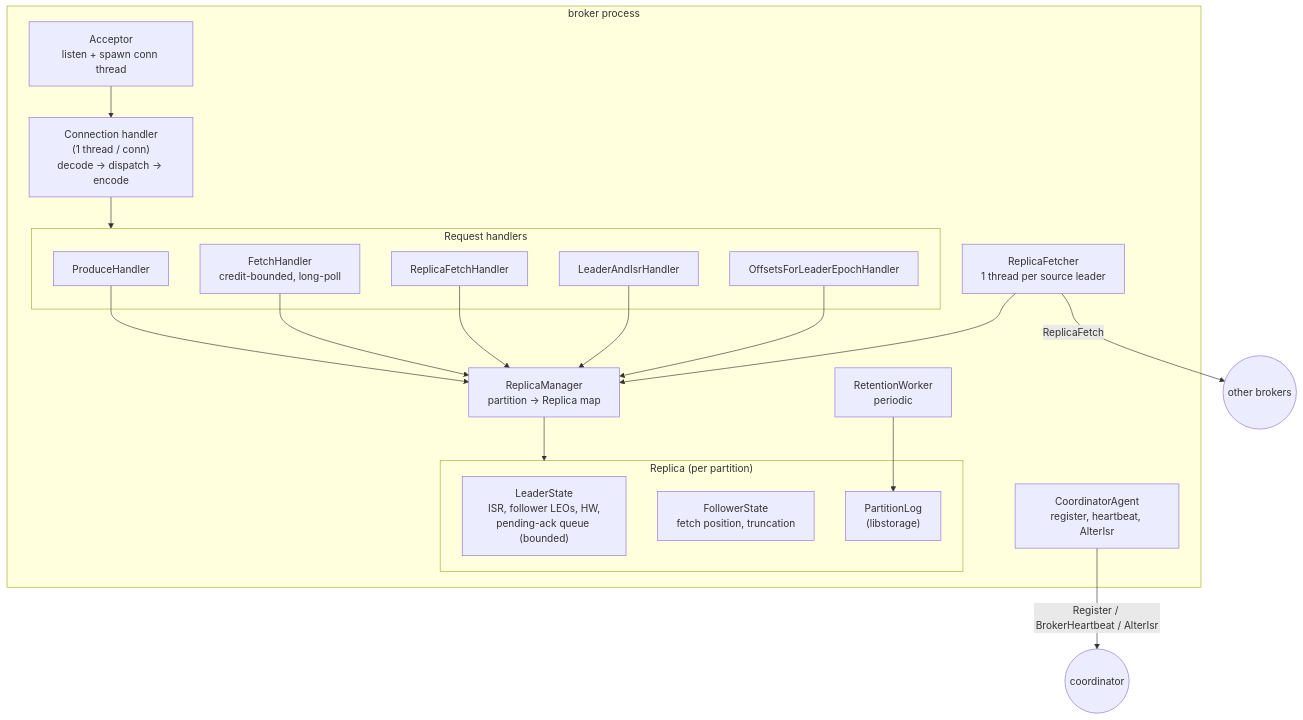
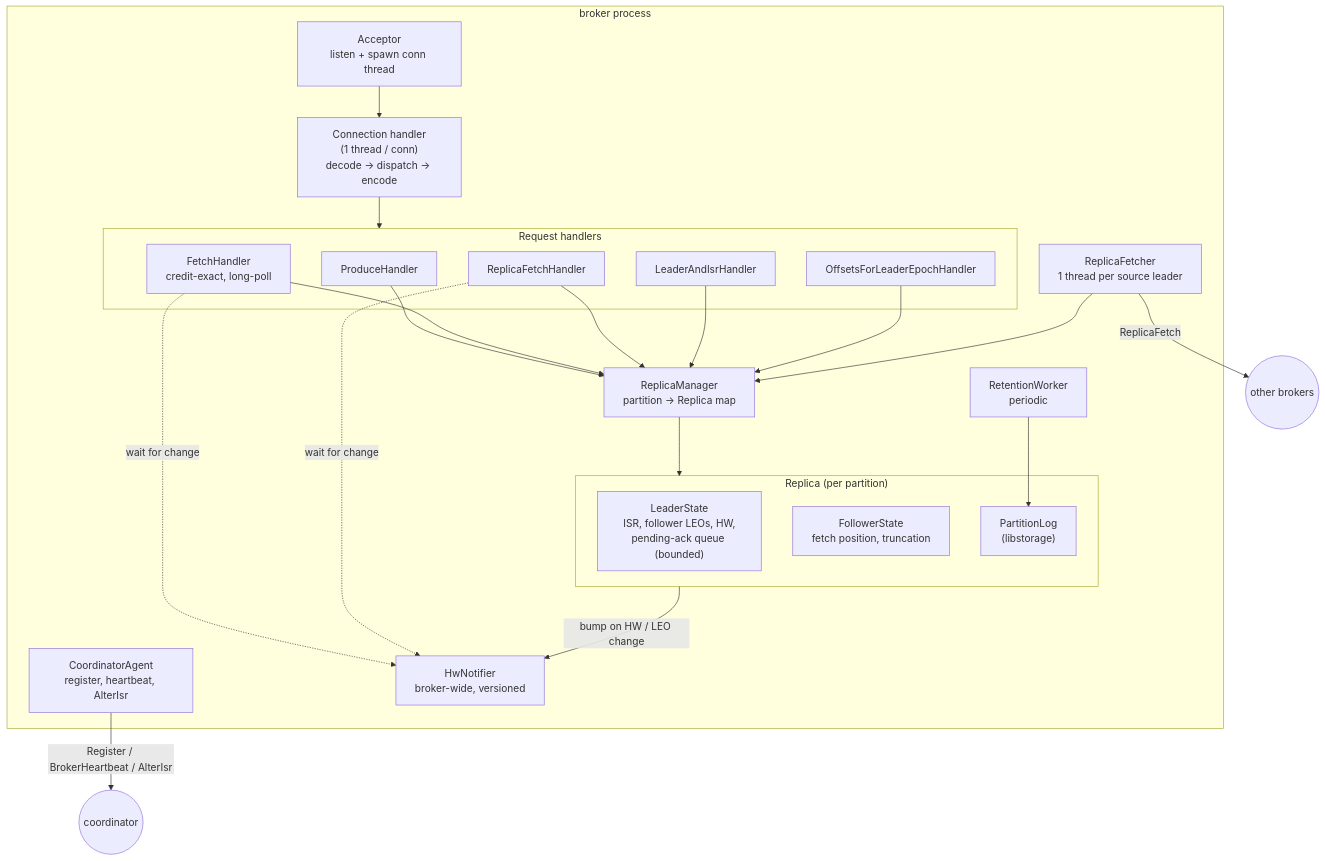
Before and after one commit to shubhamZXCV/kafka: the fifth of 24 diagrams in docs/high-level-design.md, drawn with Mermaid. The commit also changed other lines of this file and 4 other files, not shown here.

````diff
--- a/docs/high-level-design.md
+++ b/docs/high-level-design.md
@@ -298,33 +306,36 @@
 ```mermaid
 flowchart TB
     subgraph broker["broker process"]
         ACC["Acceptor<br/>listen + spawn conn thread"]
         CONN["Connection handler<br/>(1 thread / conn)<br/>decode → dispatch → encode"]
 
         subgraph handlers["Request handlers"]
             HP["ProduceHandler"]
-            HF["FetchHandler<br/>credit-bounded, long-poll"]
+            HF["FetchHandler<br/>credit-exact, long-poll"]
             HR["ReplicaFetchHandler"]
             HL["LeaderAndIsrHandler"]
             HE["OffsetsForLeaderEpochHandler"]
         end
 
         RM["ReplicaManager<br/>partition → Replica map"]
         subgraph replica["Replica (per partition)"]
             LS["LeaderState<br/>ISR, follower LEOs, HW,<br/>pending-ack queue (bounded)"]
             FS["FollowerState<br/>fetch position, truncation"]
             PL["PartitionLog<br/>(libstorage)"]
         end
 
         RF["ReplicaFetcher<br/>1 thread per source leader"]
         CA["CoordinatorAgent<br/>register, heartbeat, AlterIsr"]
         RT["RetentionWorker<br/>periodic"]
+        HN["HwNotifier<br/>broker-wide, versioned"]
     end
 
     ACC --> CONN --> handlers
     HP & HF & HR & HL & HE --> RM --> replica
+    replica -- "bump on HW / LEO change" --> HN
+    HF & HR -. "wait for change" .-> HN
     RF --> RM
     RF -- "ReplicaFetch" --> EXT1(("other brokers"))
     CA -- "Register / BrokerHeartbeat / AlterIsr" --> EXT2(("coordinator"))
     RT --> PL
 ```
````
